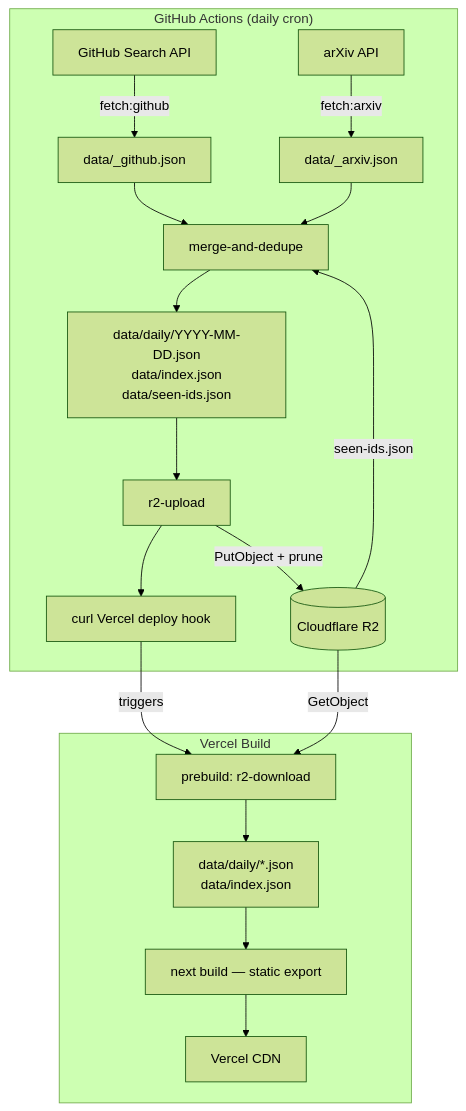
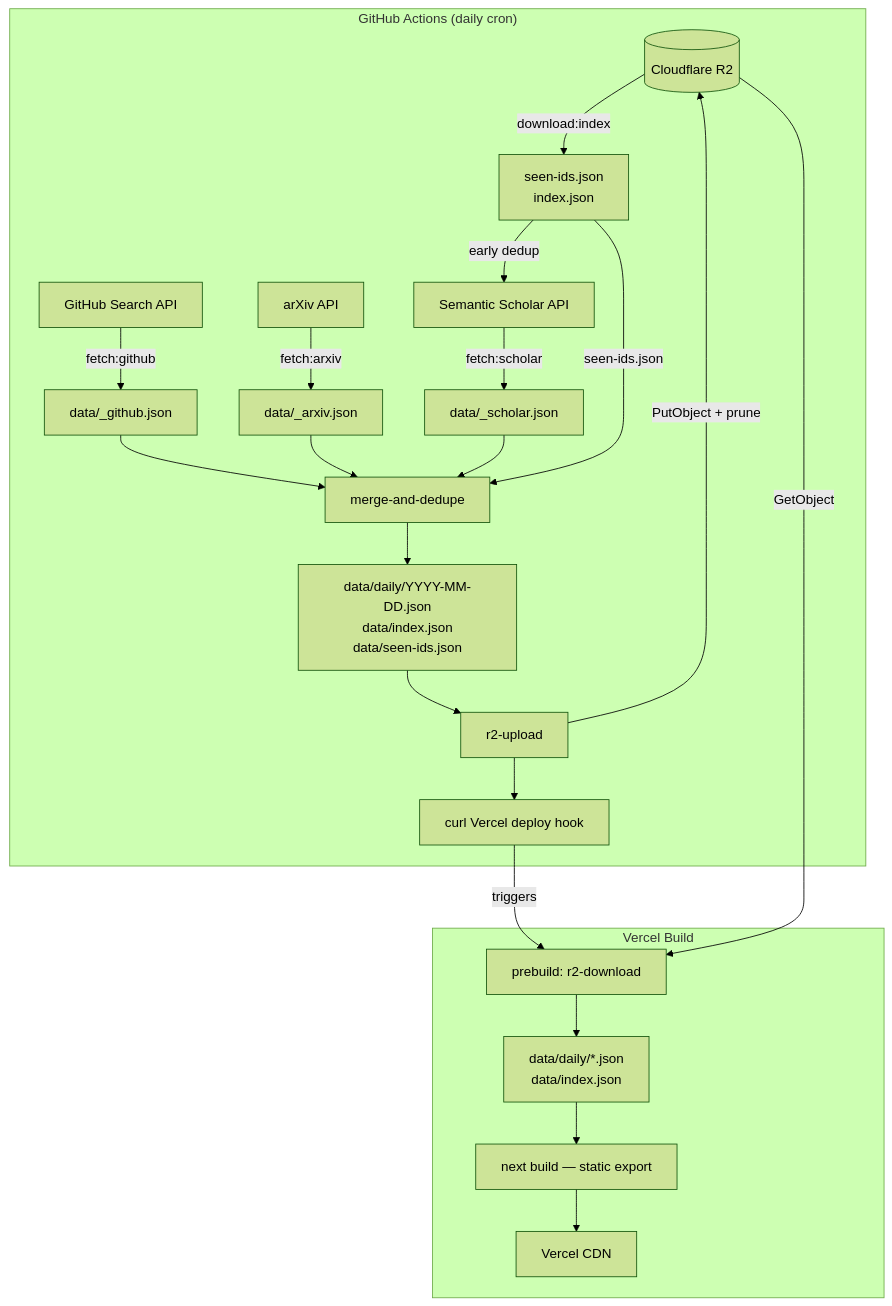
The diagram in docs/ARCHITECTURE.md (Leonui/ChipFeed), drawn with Mermaid (forest theme) before and after one commit. The commit also changed other lines of this file and 2 other files, not shown here.

Commit message:
fix(ci): download seen-ids before fetchers; doc: update docs

````diff
--- a/docs/ARCHITECTURE.md
+++ b/docs/ARCHITECTURE.md
@@ -7,22 +7,26 @@
 ```mermaid
 flowchart TD
     subgraph "GitHub Actions (daily cron)"
+        H[(Cloudflare R2)] -->|download:index| H2[seen-ids.json\nindex.json]
         A[GitHub Search API] -->|fetch:github| C[data/_github.json]
         B[arXiv API] -->|fetch:arxiv| D[data/_arxiv.json]
+        S[Semantic Scholar API] -->|fetch:scholar| T[data/_scholar.json]
+        H2 -->|early dedup| S
         C --> E[merge-and-dedupe]
         D --> E
-        H -->|seen-ids.json| E
+        T --> E
+        H2 -->|seen-ids.json| E
         E --> F[data/daily/YYYY-MM-DD.json\ndata/index.json\ndata/seen-ids.json]
         F --> G[r2-upload]
-        G -->|PutObject + prune| H[(Cloudflare R2)]
+        G -->|PutObject + prune| H
         G --> I[curl Vercel deploy hook]
     end
 
     subgraph "Vercel Build"
         I -->|triggers| J[prebuild: r2-download]
         H -->|GetObject| J
         J --> K[data/daily/*.json\ndata/index.json]
         K --> L[next build — static export]
         L --> M[Vercel CDN]
     end
 ```
````
